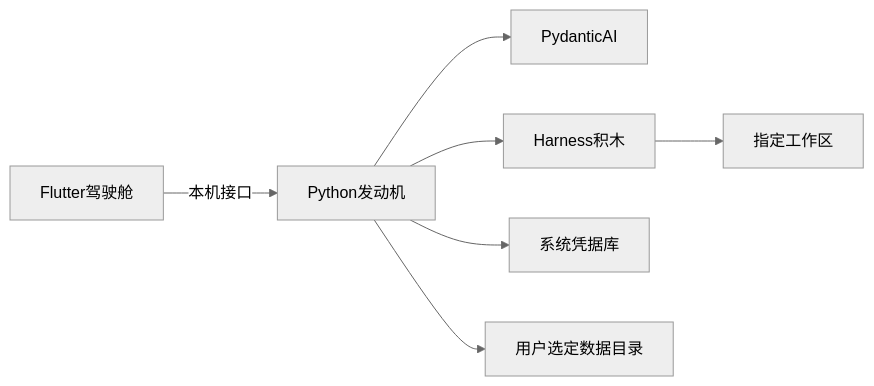
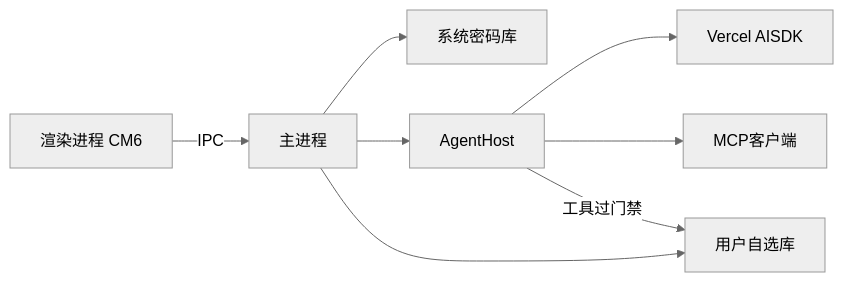
Before and after one commit to skahanium/Rgent: the diagram in docs/architecture.md, drawn with Mermaid (neutral theme). The commit also changed other lines of this file and 7 other files, not shown here.

````diff
--- a/docs/architecture.md
+++ b/docs/architecture.md
@@ -7,17 +7,18 @@
 ```mermaid
 flowchart LR
-  FlutterUI[Flutter驾驶舱]
-  Engine[Python发动机]
-  PAI[PydanticAI]
-  Harness[Harness积木]
-  Keychain[系统凭据库]
-  DataDir[用户选定数据目录]
-  WS[指定工作区]
+  Renderer[渲染进程 CM6]
+  Main[主进程]
+  Host[AgentHost]
+  SDK[Vercel AISDK]
+  MCP[MCP客户端]
+  Vault[用户自选库]
+  Keys[系统密码库]
 
-  FlutterUI -->|本机接口| Engine
-  Engine --> PAI
-  Engine --> Harness
-  Engine --> Keychain
-  Engine --> DataDir
-  Harness --> WS
+  Renderer -->|IPC| Main
+  Main --> Keys
+  Main --> Host
+  Host --> SDK
+  Host --> MCP
+  Main --> Vault
+  Host -->|工具过门禁| Vault
 ```
````
